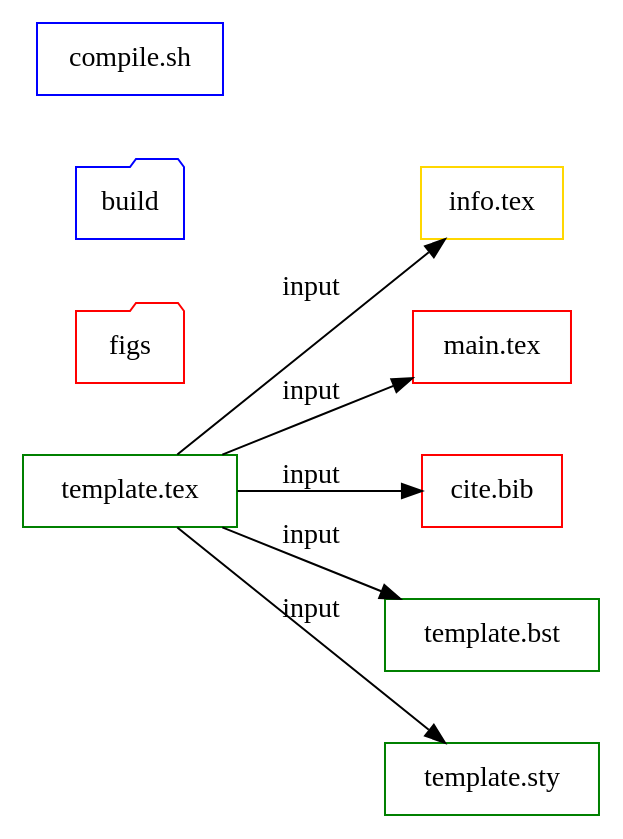
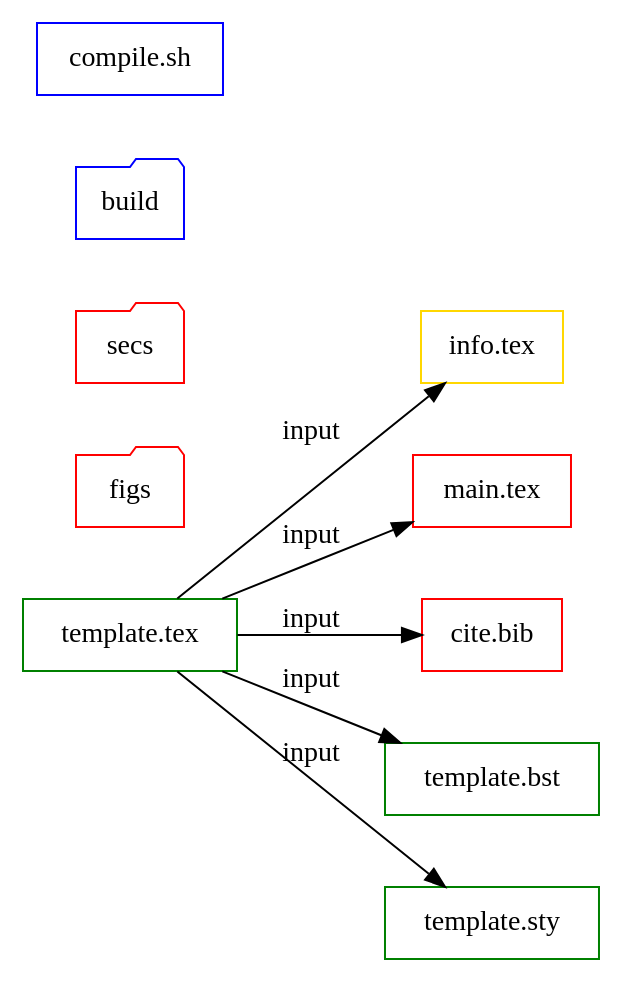
Before and after one commit to bwtian/texTemplate: the diagram in texTemplate.org, drawn with Graphviz. The commit also changed other lines of this file and 1 other file, not shown here.

```diff
--- a/texTemplate.org
+++ b/texTemplate.org
@@ -4,25 +4,26 @@
 #+BEGIN_SRC dot :file ./texTemplate.svg
   digraph {
   rankdir = LR
   fontname="Times";
   fontsize = 12;
   splines = false;
   ranksep = 0.5;
   nodesep = 0.5;
   node [shape = box]
   //1. set node
   temp [label = "template.tex", color = green]
   info [label = "info.tex", color = gold]
   main [label = "main.tex", color = red]
   bib [label = "cite.bib", color = red]
   bst [label = "template.bst", color = green]
   sty [label = "template.sty", color = green]
   fig [label = "figs", color=red, shape="folder"]
+  sec [label = "secs", color=red, shape="folder"]
   build [label  = "build", color = blue, shape="folder"]
   gen [label = "compile.sh", color = blue]
   //2. set path
   temp -> {info,main, bib, bst, sty} [label = input]
   //3. set rank
 
   }
 #+END_SRC
```
